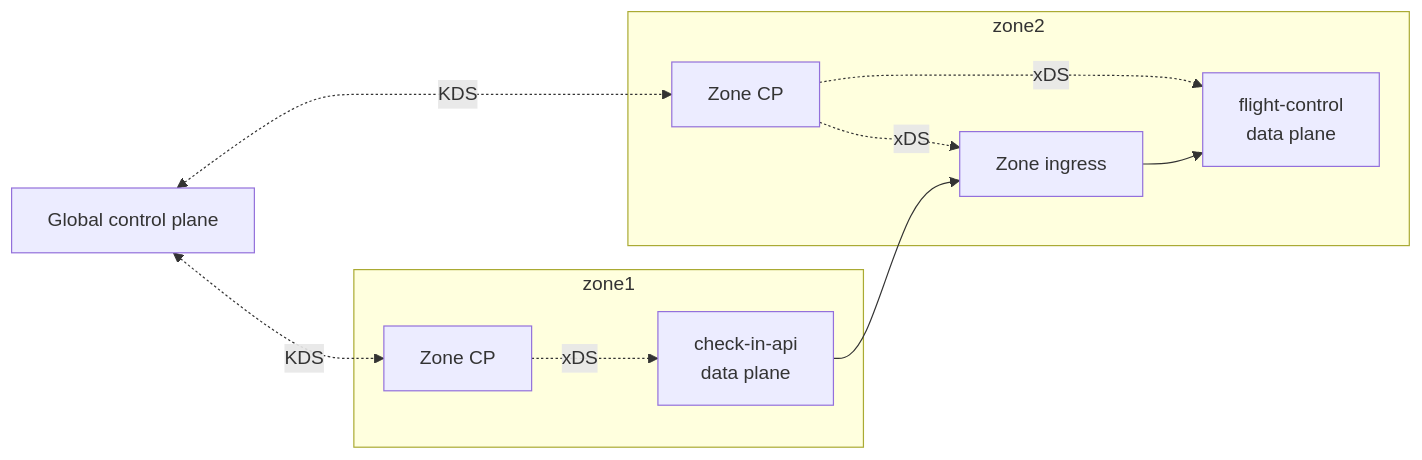
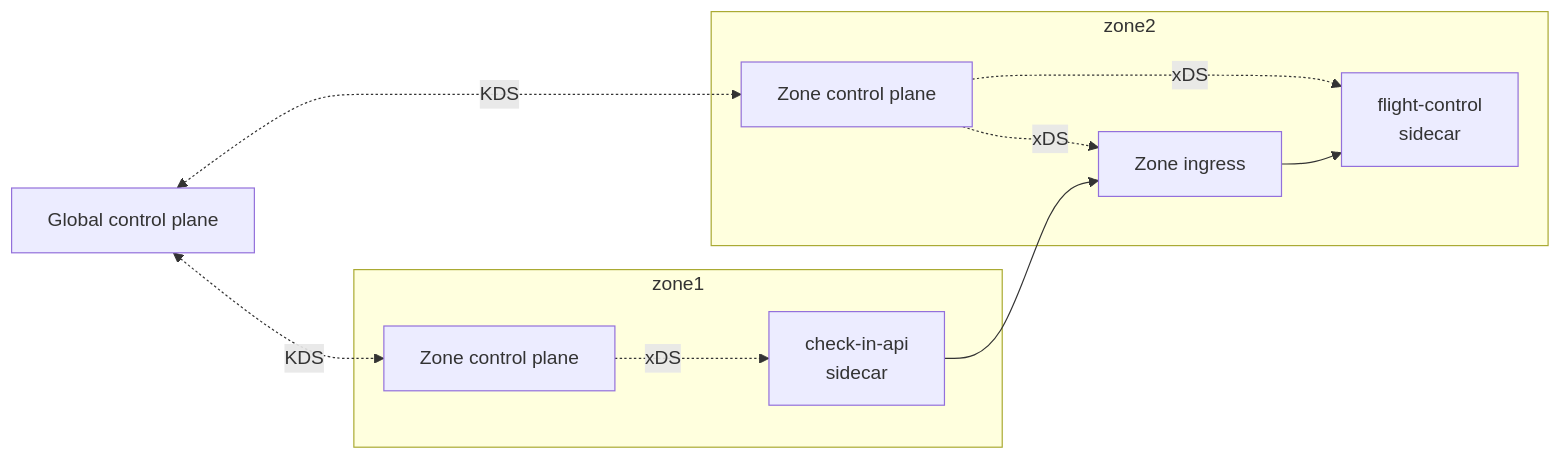
One commit to Kong/developer.konghq.com changed the diagram in app/mesh/multi-zone-architecture.md. Above: the diagram before and after it, drawn with Mermaid. The commit also changed other lines of this file and 11 other files, not shown here.

```diff
--- a/app/mesh/multi-zone-architecture.md
+++ b/app/mesh/multi-zone-architecture.md
@@ -61,23 +67,23 @@
 {% mermaid %}
 flowchart LR
     K["Global control plane"]
 
     subgraph Z1["zone1"]
-      C1["Zone CP"]
-      A1["check-in-api<br/>data plane"]
+      C1["Zone control plane"]
+      A1["check-in-api<br/>sidecar"]
     end
 
     subgraph Z2["zone2"]
-      C2["Zone CP"]
+      C2["Zone control plane"]
       I2["Zone ingress"]
-      A2["flight-control<br/>data plane"]
+      A2["flight-control<br/>sidecar"]
     end
 
     K <-.->|KDS| C1
     K <-.->|KDS| C2
     C1 -.->|xDS| A1
     C2 -.->|xDS| I2
     C2 -.->|xDS| A2
     A1 --> I2
     I2 --> A2
 {% endmermaid %}
```
